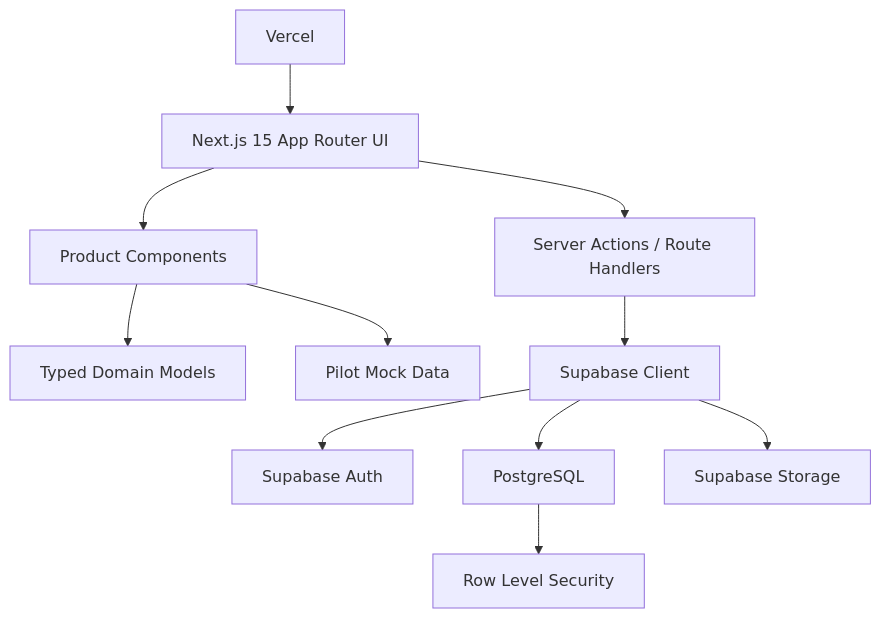
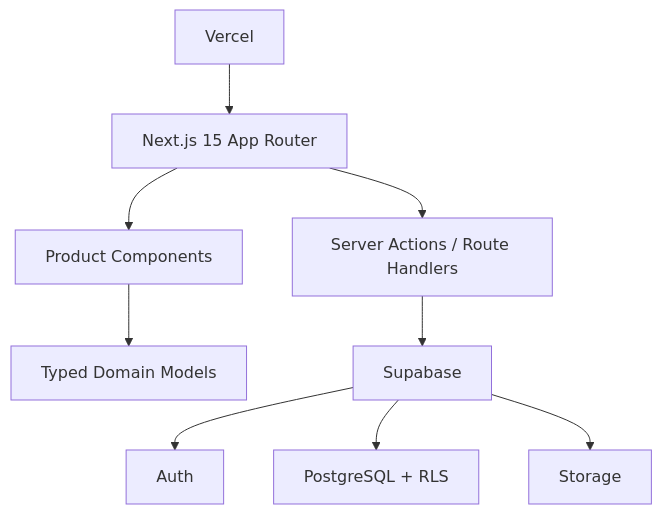
One commit to moirakk/family-education-dashboard changed the diagram in README.md. Above: the diagram before and after it, drawn with Mermaid. The commit also changed other lines of this file, not shown here.

Commit message:
docs: streamline README with badges, concise modules table and roadmap

````diff
--- a/README.md
+++ b/README.md
@@ -98,13 +32,11 @@
 ```mermaid
 flowchart TD
-  UI["Next.js 15 App Router UI"] --> Components["Product Components"]
+  UI["Next.js 15 App Router"] --> Components["Product Components"]
   Components --> Domain["Typed Domain Models"]
-  Components --> MockData["Pilot Mock Data"]
-  UI --> FutureActions["Server Actions / Route Handlers"]
-  FutureActions --> Supabase["Supabase Client"]
-  Supabase --> Auth["Supabase Auth"]
-  Supabase --> Postgres["PostgreSQL"]
-  Supabase --> Storage["Supabase Storage"]
-  Postgres --> RLS["Row Level Security"]
+  UI --> Actions["Server Actions / Route Handlers"]
+  Actions --> Supabase["Supabase"]
+  Supabase --> Auth["Auth"]
+  Supabase --> Postgres["PostgreSQL + RLS"]
+  Supabase --> Storage["Storage"]
   Vercel["Vercel"] --> UI
 ```
````
